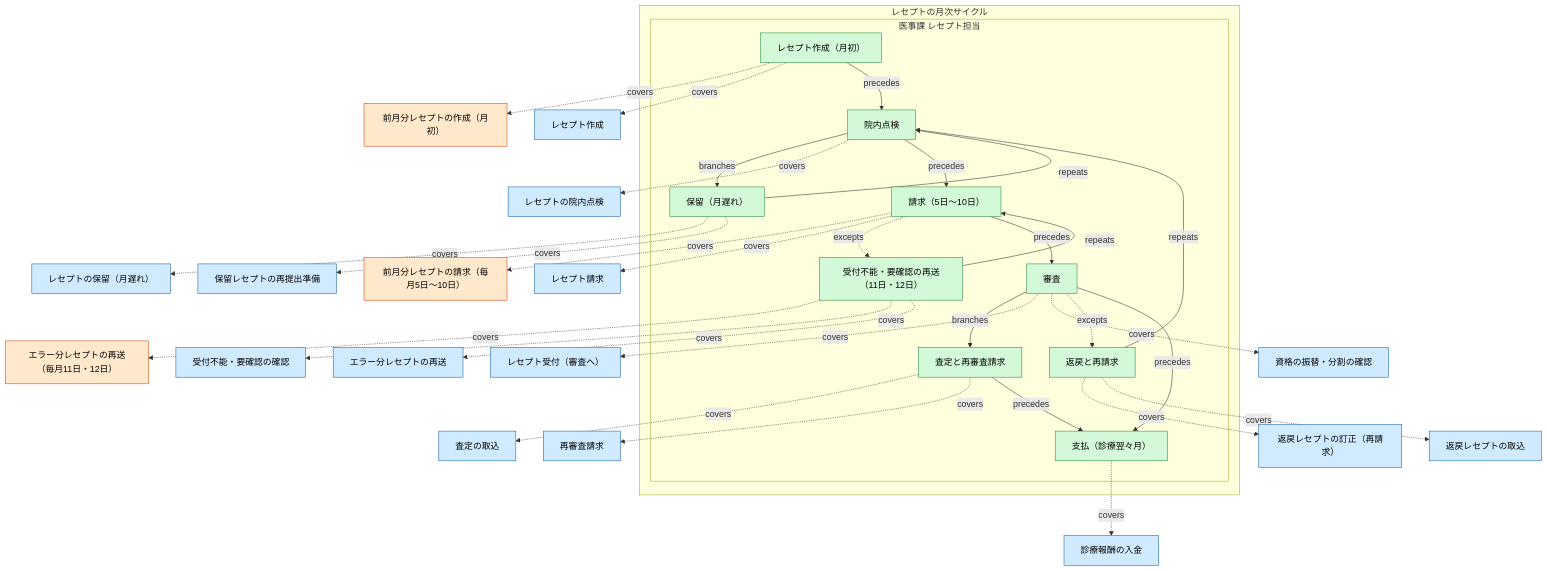
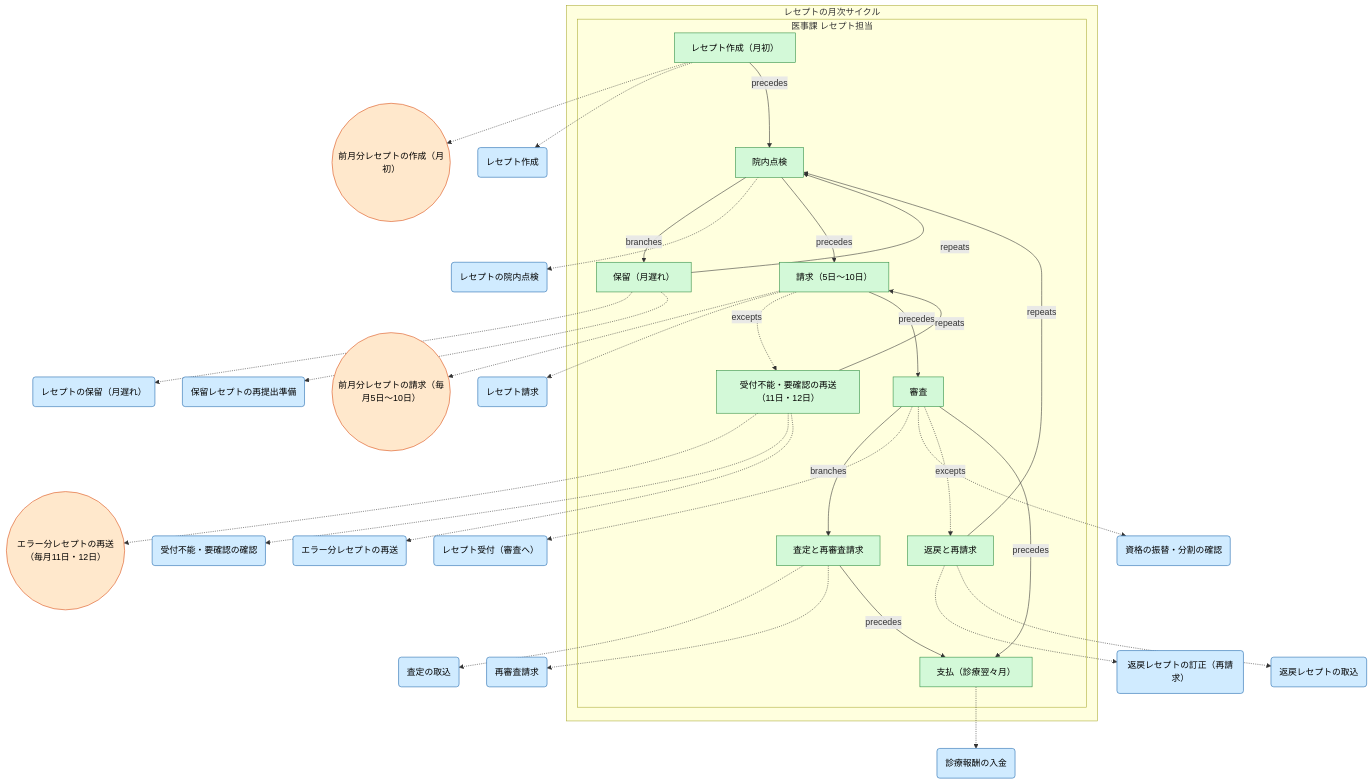
Before and after one commit to manji-0/rdra-ish-dsl: diagram 11 of 12 in samples/clinic-ops/prd.md, drawn with Mermaid. The commit also changed other lines of this file and 95 other files, not shown here.

```diff
--- a/samples/clinic-ops/prd.md
+++ b/samples/clinic-ops/prd.md
@@ -847,64 +847,64 @@
       step__SubmitStep["請求（5日～10日）"]:::step
     end
   end
-  timer__ErrorResendWindow["エラー分レセプトの再送（毎月11日・12日）"]:::timer
-  timer__MonthlyClaimCreation["前月分レセプトの作成（月初）"]:::timer
-  timer__MonthlyClaimDeadline["前月分レセプトの請求（毎月5日～10日）"]:::timer
-  usecase__CorrectReturnedStatement["返戻レセプトの訂正（再請求）"]:::usecase
+  timer__ErrorResendWindow(("エラー分レセプトの再送（毎月11日・12日）")):::timer
+  timer__MonthlyClaimCreation(("前月分レセプトの作成（月初）")):::timer
+  timer__MonthlyClaimDeadline(("前月分レセプトの請求（毎月5日～10日）")):::timer
+  usecase__CorrectReturnedStatement("返戻レセプトの訂正（再請求）"):::usecase
   %% desc usecase__CorrectReturnedStatement: 返戻の訂正と再請求。
-  usecase__GenerateClaimStatement["レセプト作成"]:::usecase
+  usecase__GenerateClaimStatement("レセプト作成"):::usecase
   %% desc usecase__GenerateClaimStatement: 月初のレセプト作成。
-  usecase__HoldClaimStatement["レセプトの保留（月遅れ）"]:::usecase
+  usecase__HoldClaimStatement("レセプトの保留（月遅れ）"):::usecase
   %% desc usecase__HoldClaimStatement: 保留（月遅れ）。
-  usecase__InspectClaimStatement["レセプトの院内点検"]:::usecase
+  usecase__InspectClaimStatement("レセプトの院内点検"):::usecase
   %% desc usecase__InspectClaimStatement: 院内点検。
-  usecase__PostPayment["診療報酬の入金"]:::usecase
+  usecase__PostPayment("診療報酬の入金"):::usecase
   %% desc usecase__PostPayment: 診療翌々月の入金。
-  usecase__ReceiveClaimAccepted["レセプト受付（審査へ）"]:::usecase
+  usecase__ReceiveClaimAccepted("レセプト受付（審査へ）"):::usecase
   %% desc usecase__ReceiveClaimAccepted: 審査支払機関の受付で審査中になる。
-  usecase__RecordClaimAssessment["査定の取込"]:::usecase
+  usecase__RecordClaimAssessment("査定の取込"):::usecase
   %% desc usecase__RecordClaimAssessment: 査定の取込。
-  usecase__RecordClaimReturn["返戻レセプトの取込"]:::usecase
+  usecase__RecordClaimReturn("返戻レセプトの取込"):::usecase
   %% desc usecase__RecordClaimReturn: 返戻レセプトの取込（3か月以内）。
-  usecase__RecordReceiptError["受付不能・要確認の確認"]:::usecase
+  usecase__RecordReceiptError("受付不能・要確認の確認"):::usecase
   %% desc usecase__RecordReceiptError: 受付不能・要確認の確認。
-  usecase__ReleaseHeldStatement["保留レセプトの再提出準備"]:::usecase
+  usecase__ReleaseHeldStatement("保留レセプトの再提出準備"):::usecase
   %% desc usecase__ReleaseHeldStatement: 保留レセプトの再提出準備。
-  usecase__RequestReexamination["再審査請求"]:::usecase
+  usecase__RequestReexamination("再審査請求"):::usecase
   %% desc usecase__RequestReexamination: 再審査請求。
-  usecase__ResendErroredStatement["エラー分レセプトの再送"]:::usecase
+  usecase__ResendErroredStatement("エラー分レセプトの再送"):::usecase
   %% desc usecase__ResendErroredStatement: 11日・12日のエラー分再送。
-  usecase__ReviewClaimTransfer["資格の振替・分割の確認"]:::usecase
+  usecase__ReviewClaimTransfer("資格の振替・分割の確認"):::usecase
   %% desc usecase__ReviewClaimTransfer: 資格の振替・分割の確認（参照のみ）。
-  usecase__SubmitClaimStatements["レセプト請求"]:::usecase
+  usecase__SubmitClaimStatements("レセプト請求"):::usecase
   %% desc usecase__SubmitClaimStatements: 毎月10日までの請求。
-  step__AssessStep -.->|covers| usecase__RecordClaimAssessment
-  step__AssessStep -.->|covers| usecase__RequestReexamination
+  step__AssessStep -.-> usecase__RecordClaimAssessment
+  step__AssessStep -.-> usecase__RequestReexamination
   step__AssessStep -->|precedes| step__PaidStep
-  step__CreateStatementStep -.->|covers| timer__MonthlyClaimCreation
-  step__CreateStatementStep -.->|covers| usecase__GenerateClaimStatement
+  step__CreateStatementStep -.-> timer__MonthlyClaimCreation
+  step__CreateStatementStep -.-> usecase__GenerateClaimStatement
   step__CreateStatementStep -->|precedes| step__InspectStep
-  step__HoldStep -.->|covers| usecase__HoldClaimStatement
-  step__HoldStep -.->|covers| usecase__ReleaseHeldStatement
+  step__HoldStep -.-> usecase__HoldClaimStatement
+  step__HoldStep -.-> usecase__ReleaseHeldStatement
   step__HoldStep -->|repeats| step__InspectStep
   step__InspectStep -->|branches| step__HoldStep
-  step__InspectStep -.->|covers| usecase__InspectClaimStatement
+  step__InspectStep -.-> usecase__InspectClaimStatement
   step__InspectStep -->|precedes| step__SubmitStep
-  step__PaidStep -.->|covers| usecase__PostPayment
-  step__ReceiptErrorStep -.->|covers| timer__ErrorResendWindow
-  step__ReceiptErrorStep -.->|covers| usecase__RecordReceiptError
-  step__ReceiptErrorStep -.->|covers| usecase__ResendErroredStatement
+  step__PaidStep -.-> usecase__PostPayment
+  step__ReceiptErrorStep -.-> timer__ErrorResendWindow
+  step__ReceiptErrorStep -.-> usecase__RecordReceiptError
+  step__ReceiptErrorStep -.-> usecase__ResendErroredStatement
   step__ReceiptErrorStep -->|repeats| step__SubmitStep
-  step__ReturnStep -.->|covers| usecase__CorrectReturnedStatement
-  step__ReturnStep -.->|covers| usecase__RecordClaimReturn
+  step__ReturnStep -.-> usecase__CorrectReturnedStatement
+  step__ReturnStep -.-> usecase__RecordClaimReturn
   step__ReturnStep -->|repeats| step__InspectStep
   step__ReviewStep -->|branches| step__AssessStep
-  step__ReviewStep -.->|covers| usecase__ReceiveClaimAccepted
-  step__ReviewStep -.->|covers| usecase__ReviewClaimTransfer
+  step__ReviewStep -.-> usecase__ReceiveClaimAccepted
+  step__ReviewStep -.-> usecase__ReviewClaimTransfer
   step__ReviewStep -.->|excepts| step__ReturnStep
   step__ReviewStep -->|precedes| step__PaidStep
-  step__SubmitStep -.->|covers| timer__MonthlyClaimDeadline
-  step__SubmitStep -.->|covers| usecase__SubmitClaimStatements
+  step__SubmitStep -.-> timer__MonthlyClaimDeadline
+  step__SubmitStep -.-> usecase__SubmitClaimStatements
   step__SubmitStep -.->|excepts| step__ReceiptErrorStep
   step__SubmitStep -->|precedes| step__ReviewStep
   classDef flow fill:#d3f9d8,stroke:#2b8a3e,color:#000;
```
